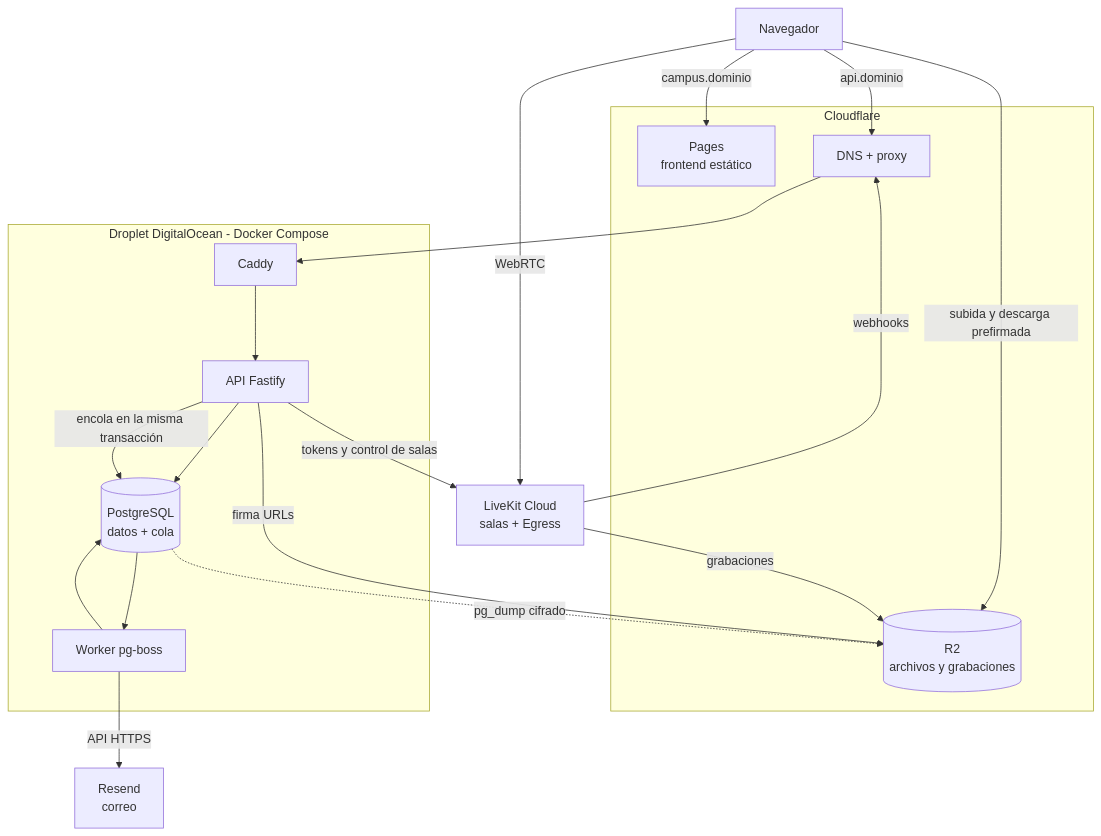
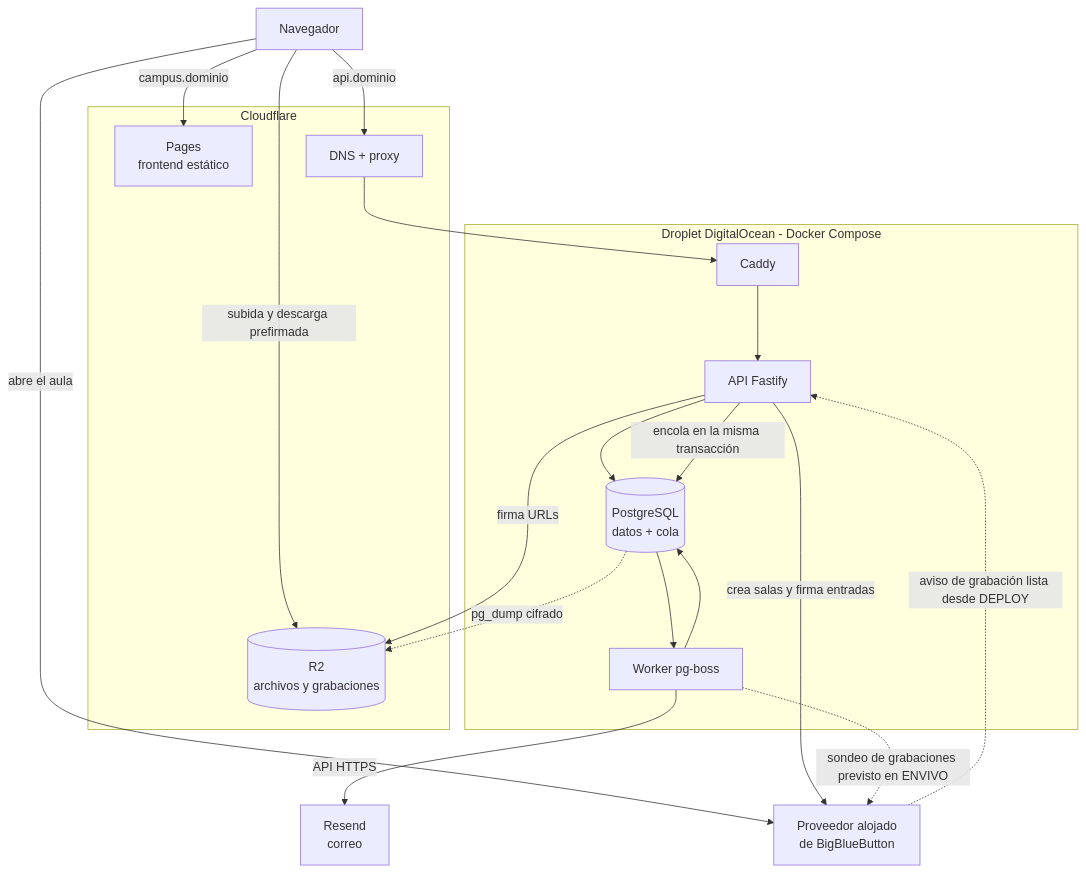
One commit to SASC01/cmep-campus-digital changed the first of 2 diagrams in docs/ARCHITECTURE.md. Above: the diagram before and after it, drawn with Mermaid. The commit also changed other lines of this file and 13 other files, not shown here.

````diff
--- a/docs/ARCHITECTURE.md
+++ b/docs/ARCHITECTURE.md
@@ -48,30 +48,30 @@
 ```mermaid
 flowchart TD
   B[Navegador]
   subgraph CF[Cloudflare]
     PG_[Pages<br/>frontend estático]
     DNS[DNS + proxy]
     R2[(R2<br/>archivos y grabaciones)]
   end
   subgraph DO[Droplet DigitalOcean - Docker Compose]
     C[Caddy]
     API[API Fastify]
     W[Worker pg-boss]
     DB[(PostgreSQL<br/>datos + cola)]
   end
-  LK[LiveKit Cloud<br/>salas + Egress]
+  BBB[Proveedor alojado<br/>de BigBlueButton]
 
   B -- campus.dominio --> PG_
   B -- api.dominio --> DNS --> C --> API
   B -- subida y descarga prefirmada --> R2
-  B -- WebRTC --> LK
+  B -- abre el aula --> BBB
   API --> DB
   API -- firma URLs --> R2
   API -- encola en la misma transacción --> DB
   DB --> W --> DB
   W -- API HTTPS --> RS[Resend<br/>correo]
-  API -- tokens y control de salas --> LK
-  LK -- grabaciones --> R2
-  LK -- webhooks --> DNS
+  API -- crea salas y firma entradas --> BBB
+  BBB -. aviso de grabación lista desde DEPLOY .-> API
+  W -. sondeo de grabaciones previsto en ENVIVO .-> BBB
   DB -. pg_dump cifrado .-> R2
 ```
````
